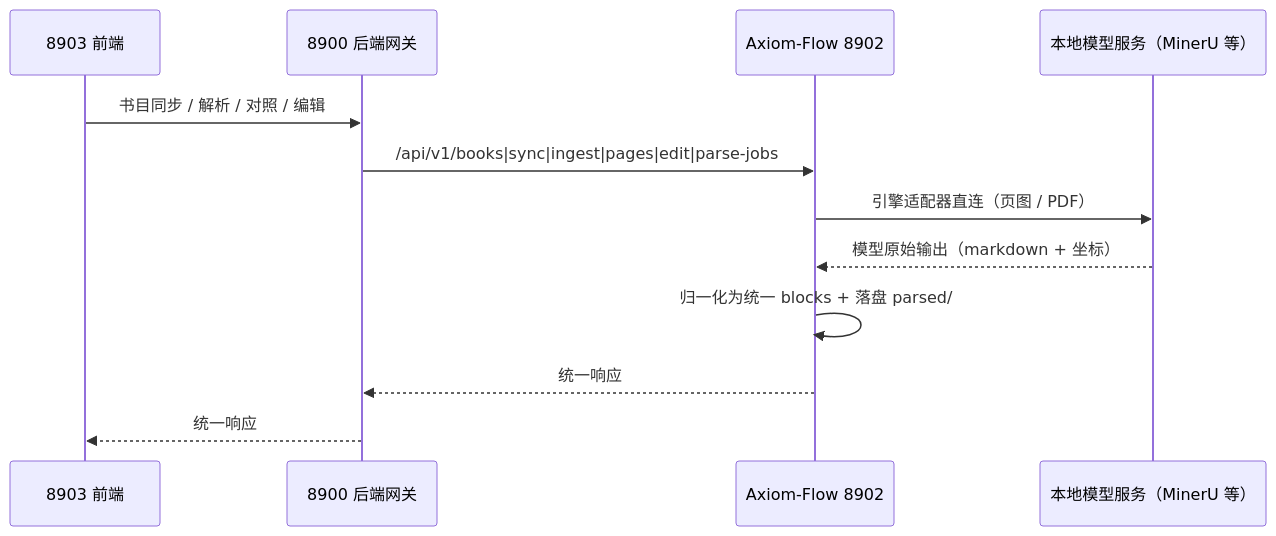
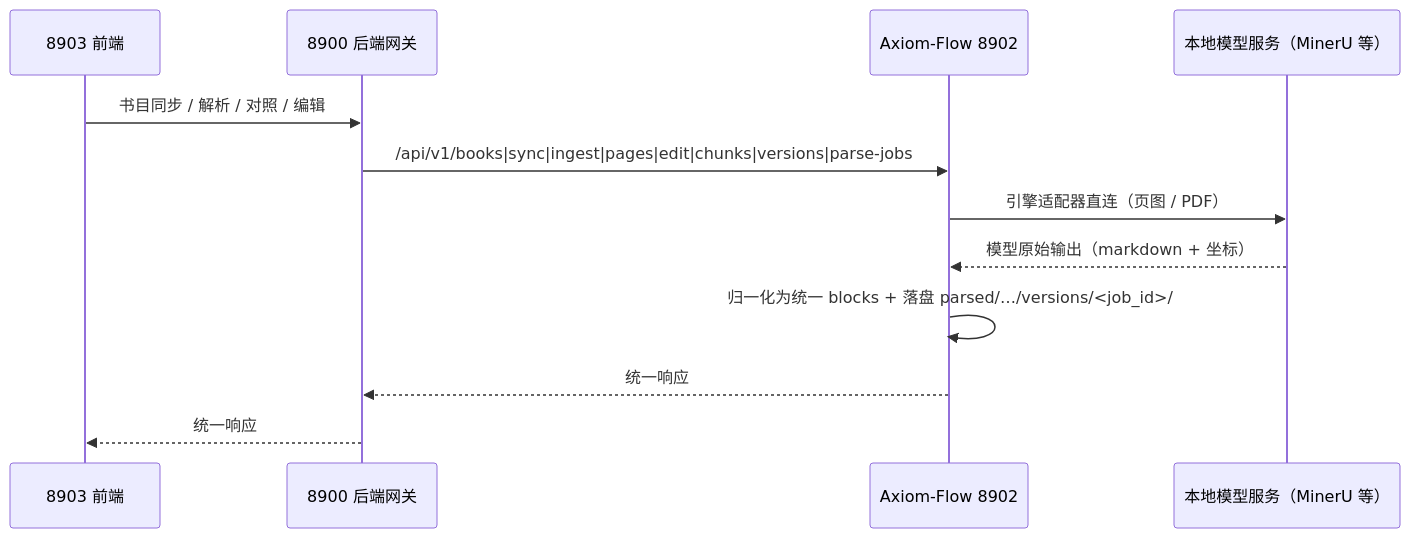
One commit to swfswf1234/Axiom-Flow changed the diagram in docs/architecture/api.md. Above: the diagram before and after it, drawn with Mermaid. The commit also changed other lines of this file and 22 other files, not shown here.

First line of the commit message:
feat: 解析产物按 versions/<job_id> 划分并引入生效版本指针（PLAN-004 / REQ-080）

````diff
--- a/docs/architecture/api.md
+++ b/docs/architecture/api.md
@@ -44,14 +51,14 @@
 ```mermaid
 sequenceDiagram
     participant FE as 8903 前端
     participant GW as 8900 后端网关
     participant AX as Axiom-Flow 8902
     participant MD as 本地模型服务（MinerU 等）
     FE->>GW: 书目同步 / 解析 / 对照 / 编辑
-    GW->>AX: /api/v1/books|sync|ingest|pages|edit|parse-jobs
+    GW->>AX: /api/v1/books|sync|ingest|pages|edit|chunks|versions|parse-jobs
     AX->>MD: 引擎适配器直连（页图 / PDF）
     MD-->>AX: 模型原始输出（markdown + 坐标）
-    AX->>AX: 归一化为统一 blocks + 落盘 parsed/
+    AX->>AX: 归一化为统一 blocks + 落盘 parsed/…/versions/<job_id>/
     AX-->>GW: 统一响应
     GW-->>FE: 统一响应
 ```
````
